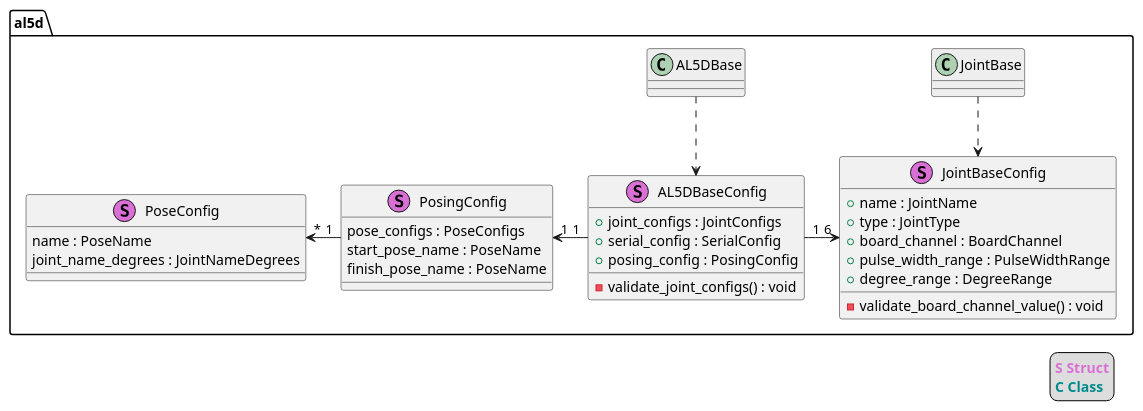
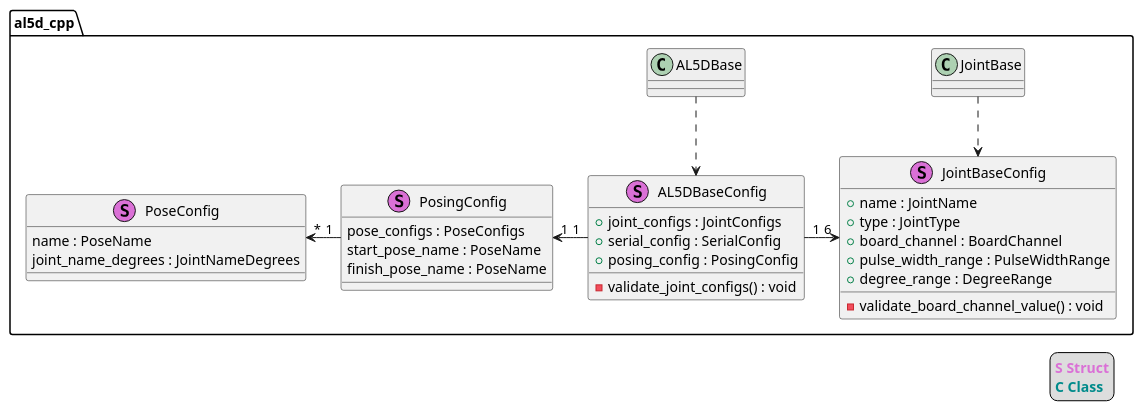
The diagram in doc/class_design_configs.puml (bscp/al5d_cpp), drawn with PlantUML before and after one commit. The commit also changed 100 other files, not shown here.

Commit message:
Change namespace name from al5d to al5d_cpp

```diff
--- a/doc/class_design_configs.puml
+++ b/doc/class_design_configs.puml
@@ -1,47 +1,47 @@
 @startuml
 
-namespace al5d {
+namespace al5d_cpp {
 
     class AL5DBase #eee
     class JointBase #eee
 
     class AL5DBaseConfig <<(S,Orchid)>> {
         + joint_configs : JointConfigs
         + serial_config : SerialConfig
         + posing_config : PosingConfig
         - validate_joint_configs() : void
     }
 
     class JointBaseConfig <<(S,Orchid)>> {
         + name : JointName
         + type : JointType
         + board_channel : BoardChannel
         + pulse_width_range : PulseWidthRange
         + degree_range : DegreeRange
         - validate_board_channel_value() : void
     }
 
     class PoseConfig <<(S,Orchid)>> {
         name : PoseName
         joint_name_degrees : JointNameDegrees
     }
 
     class PosingConfig <<(S,Orchid)>> {
         pose_configs : PoseConfigs
         start_pose_name : PoseName
         finish_pose_name : PoseName
     }
 
     AL5DBase ..> AL5DBaseConfig
     JointBase ..> JointBaseConfig
     AL5DBaseConfig "1" -> "6" JointBaseConfig
     PosingConfig "1" <- "1" AL5DBaseConfig
     PoseConfig "*" <- "1" PosingConfig
 }
 
 legend right
   <b><color:Orchid>S Struct</color></b>
   <b><color:DarkCyan>C Class</color></b>
 endlegend
 
 @enduml
```
